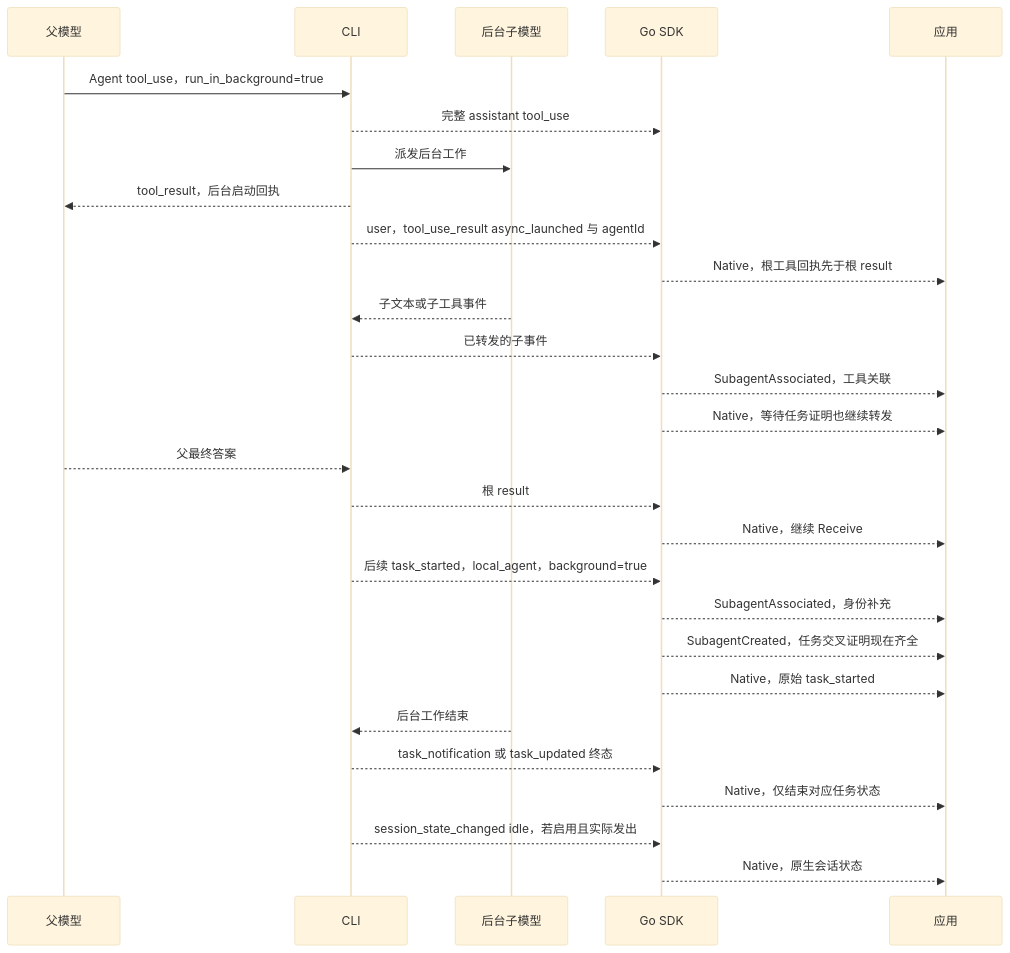
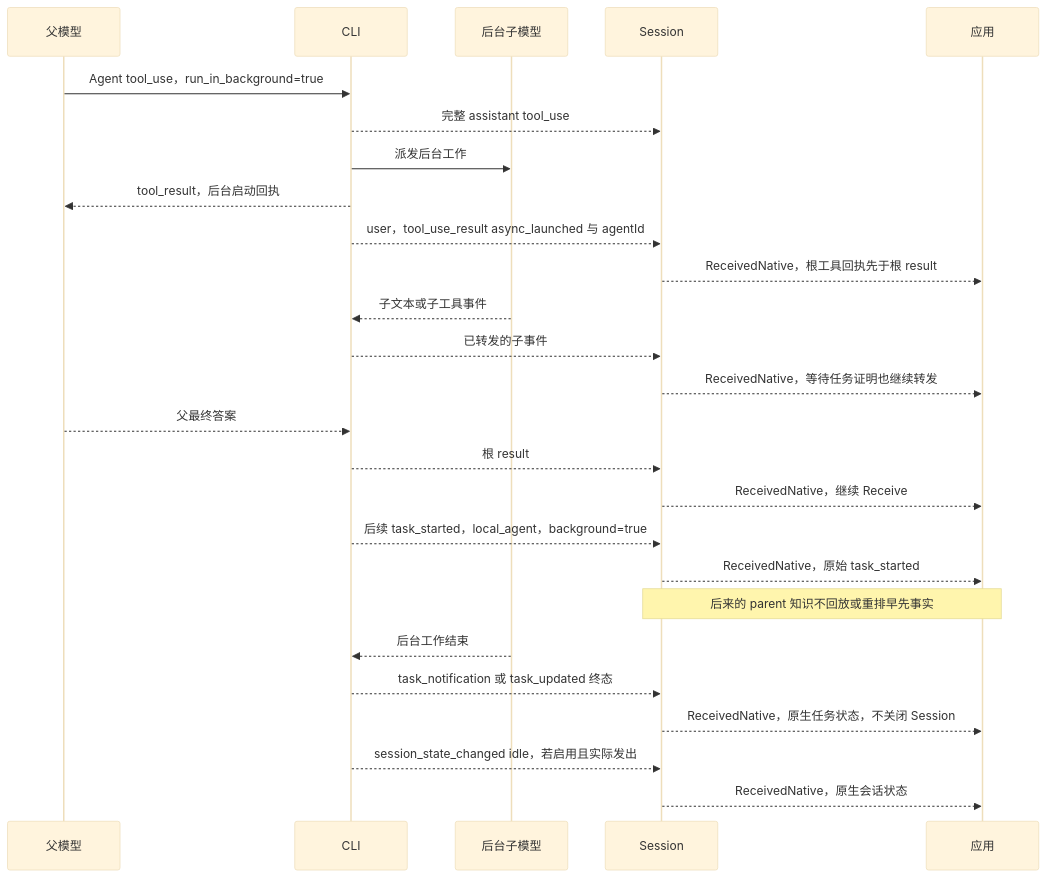
One commit to zoumo/agent-sdk-go changed the diagram in claude/docs/diagrams/background.mmd. Above: the diagram before and after it, drawn with Mermaid (base theme). The commit also changed 116 other files, not shown here.

First line of the commit message:
refactor(sdk): remove parallel legacy session runtimes

```diff
--- a/claude/docs/diagrams/background.mmd
+++ b/claude/docs/diagrams/background.mmd
@@ -1,28 +1,26 @@
 sequenceDiagram
     participant P as 父模型
     participant C as CLI
     participant S as 后台子模型
-    participant G as Go SDK
+    participant G as Session
     participant A as 应用
     P->>C: Agent tool_use，run_in_background=true
     C-->>G: 完整 assistant tool_use
     C->>S: 派发后台工作
     C-->>P: tool_result，后台启动回执
     C-->>G: user，tool_use_result async_launched 与 agentId
-    G-->>A: Native，根工具回执先于根 result
+    G-->>A: ReceivedNative，根工具回执先于根 result
     S-->>C: 子文本或子工具事件
     C-->>G: 已转发的子事件
-    G-->>A: SubagentAssociated，工具关联
-    G-->>A: Native，等待任务证明也继续转发
+    G-->>A: ReceivedNative，等待任务证明也继续转发
     P-->>C: 父最终答案
     C-->>G: 根 result
-    G-->>A: Native，继续 Receive
+    G-->>A: ReceivedNative，继续 Receive
     C-->>G: 后续 task_started，local_agent，background=true
-    G-->>A: SubagentAssociated，身份补充
-    G-->>A: SubagentCreated，任务交叉证明现在齐全
-    G-->>A: Native，原始 task_started
+    G-->>A: ReceivedNative，原始 task_started
+    Note over G,A: 后来的 parent 知识不回放或重排早先事实
     S-->>C: 后台工作结束
     C-->>G: task_notification 或 task_updated 终态
-    G-->>A: Native，仅结束对应任务状态
+    G-->>A: ReceivedNative，原生任务状态，不关闭 Session
     C-->>G: session_state_changed idle，若启用且实际发出
-    G-->>A: Native，原生会话状态
+    G-->>A: ReceivedNative，原生会话状态
```
